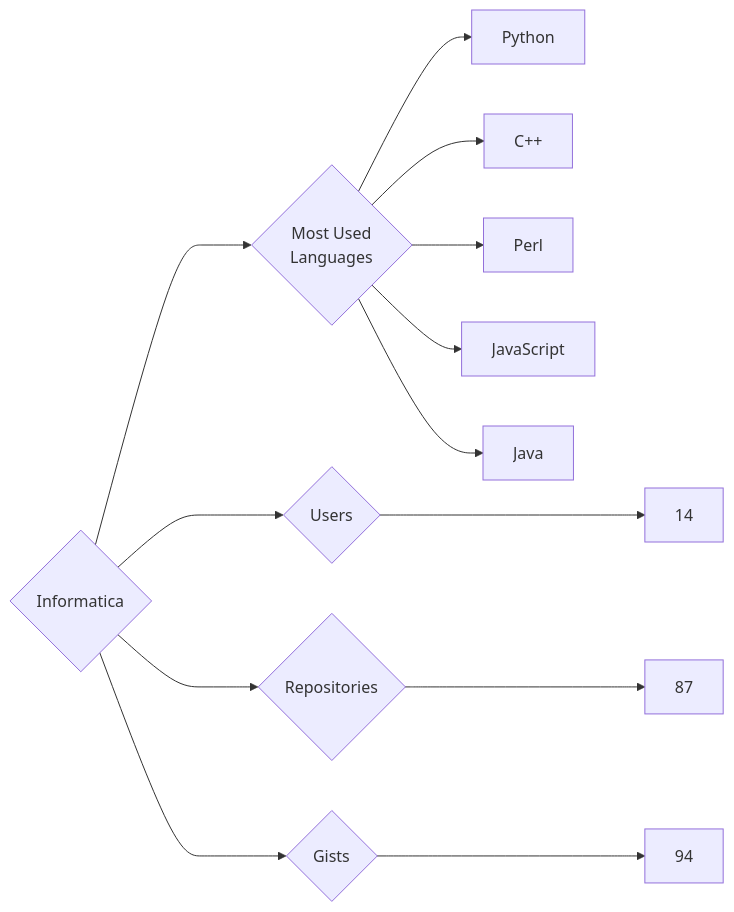
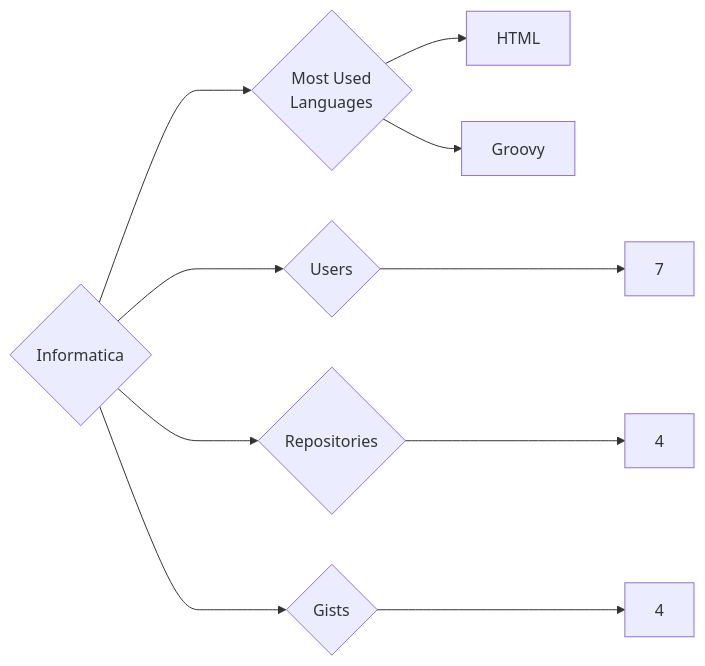
One commit to trickest/insiders changed the diagram in targets/Informatica/README.md. Above: the diagram before and after it, drawn with Mermaid. The commit also changed 1170 other files, not shown here.

````diff
--- a/targets/Informatica/README.md
+++ b/targets/Informatica/README.md
@@ -3,13 +3,10 @@
 ```mermaid
 graph LR
 COMPANY_NAME{Informatica}
-COMPANY_NAME ---> U{Users} ---> UN[14]
-COMPANY_NAME ---> R{Repositories} ---> RN[87]
-COMPANY_NAME ---> G{Gists} ---> GN[94]
+COMPANY_NAME ---> U{Users} ---> UN[7]
+COMPANY_NAME ---> R{Repositories} ---> RN[4]
+COMPANY_NAME ---> G{Gists} ---> GN[4]
 COMPANY_NAME ---> ML{Most Used<br>Languages}
-ML --> Python[Python]
-ML --> C++[C++]
-ML --> Perl[Perl]
-ML --> JavaScript[JavaScript]
-ML --> Java[Java]
+ML --> HTML[HTML]
+ML --> Groovy[Groovy]
 ```
````
